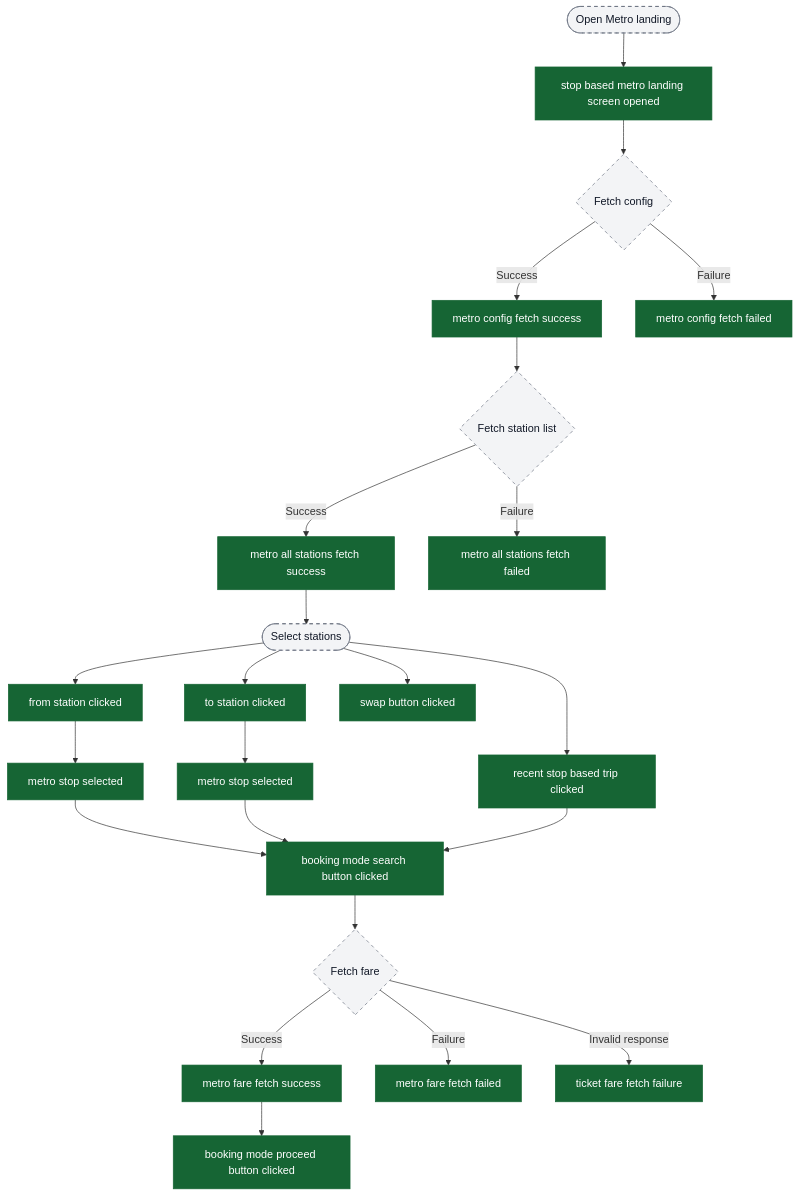
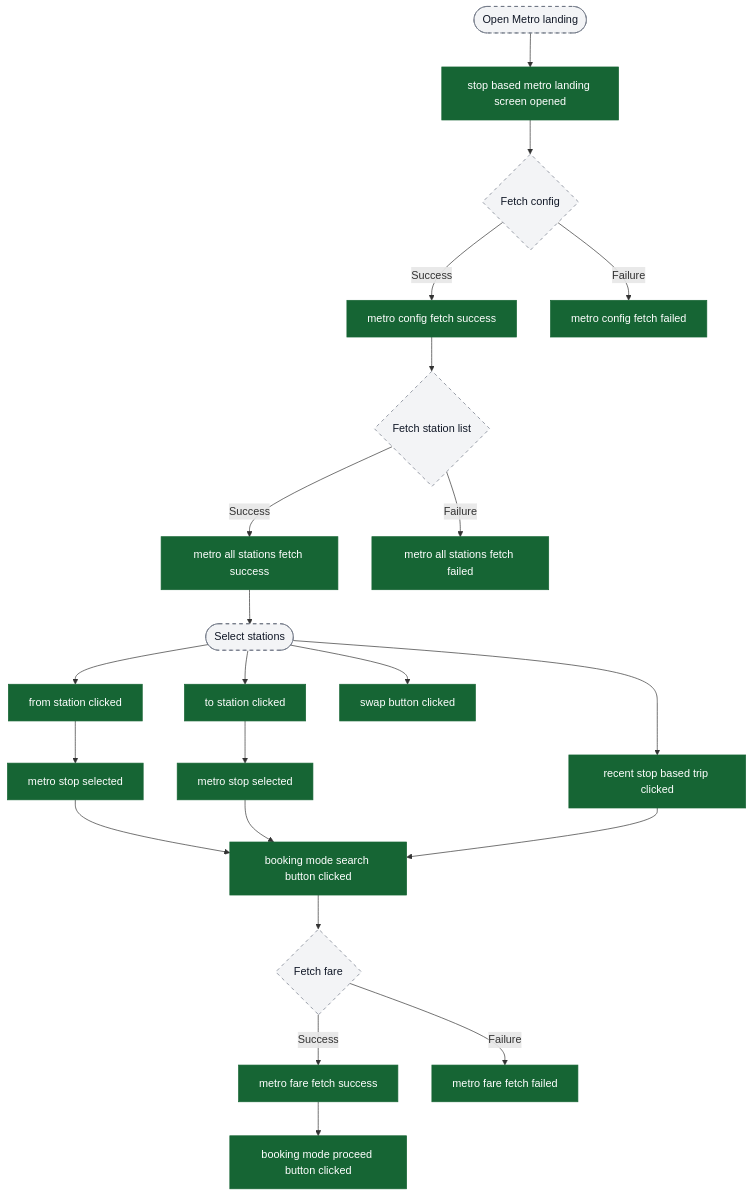
One commit to ratulsarna/chalo-app-dashboard changed the second of 8 diagrams in content/analytics/metro/flow-diagrams.md. Above: the diagram before and after it, drawn with Mermaid. The commit also changed 1 other file, not shown here.

Commit message:
fix(analytics): remove unused ticket fare fetch failure event and update flow diagrams

````diff
--- a/content/analytics/metro/flow-diagrams.md
+++ b/content/analytics/metro/flow-diagrams.md
@@ -33,40 +33,39 @@
 ```mermaid
 flowchart TD
   ui_open([Open Metro landing]) --> ev_open["stop based metro landing screen opened"]
 
   ev_open --> ui_config{Fetch config}
   ui_config -->|Success| ev_cfgOk["metro config fetch success"]
   ui_config -->|Failure| ev_cfgFail["metro config fetch failed"]
 
   ev_cfgOk --> ui_stations{Fetch station list}
   ui_stations -->|Success| ev_stationsOk["metro all stations fetch success"]
   ui_stations -->|Failure| ev_stationsFail["metro all stations fetch failed"]
 
   ev_stationsOk --> ui_selectStops([Select stations])
 
   ui_selectStops --> ev_fromClick["from station clicked"]
   ev_fromClick --> ev_stopSelectedFrom["metro stop selected"]
 
   ui_selectStops --> ev_toClick["to station clicked"]
   ev_toClick --> ev_stopSelectedTo["metro stop selected"]
 
   ui_selectStops --> ev_swap["swap button clicked"]
   ui_selectStops --> ev_recentTrip["recent stop based trip clicked"]
 
   ev_stopSelectedFrom --> ev_searchBtn["booking mode search button clicked"]
   ev_stopSelectedTo --> ev_searchBtn
   ev_recentTrip --> ev_searchBtn
 
   ev_searchBtn --> ui_fareFetch{Fetch fare}
   ui_fareFetch -->|Success| ev_fareOk["metro fare fetch success"]
   ui_fareFetch -->|Failure| ev_fareFail["metro fare fetch failed"]
-  ui_fareFetch -->|Invalid response| ev_ticketFareFail["ticket fare fetch failure"]
 
   ev_fareOk --> ev_proceedBtn["booking mode proceed button clicked"]
 
   classDef event fill:#166534,stroke:#166534,color:#ffffff;
   classDef ui fill:#f3f4f6,stroke:#6b7280,stroke-dasharray: 5 5,color:#111827;
 
-  class ev_open,ev_cfgOk,ev_cfgFail,ev_stationsOk,ev_stationsFail,ev_fromClick,ev_stopSelectedFrom,ev_toClick,ev_stopSelectedTo,ev_swap,ev_recentTrip,ev_searchBtn,ev_fareOk,ev_fareFail,ev_ticketFareFail,ev_proceedBtn event;
+  class ev_open,ev_cfgOk,ev_cfgFail,ev_stationsOk,ev_stationsFail,ev_fromClick,ev_stopSelectedFrom,ev_toClick,ev_stopSelectedTo,ev_swap,ev_recentTrip,ev_searchBtn,ev_fareOk,ev_fareFail,ev_proceedBtn event;
   class ui_open,ui_config,ui_stations,ui_selectStops,ui_fareFetch ui;
 ```
````
